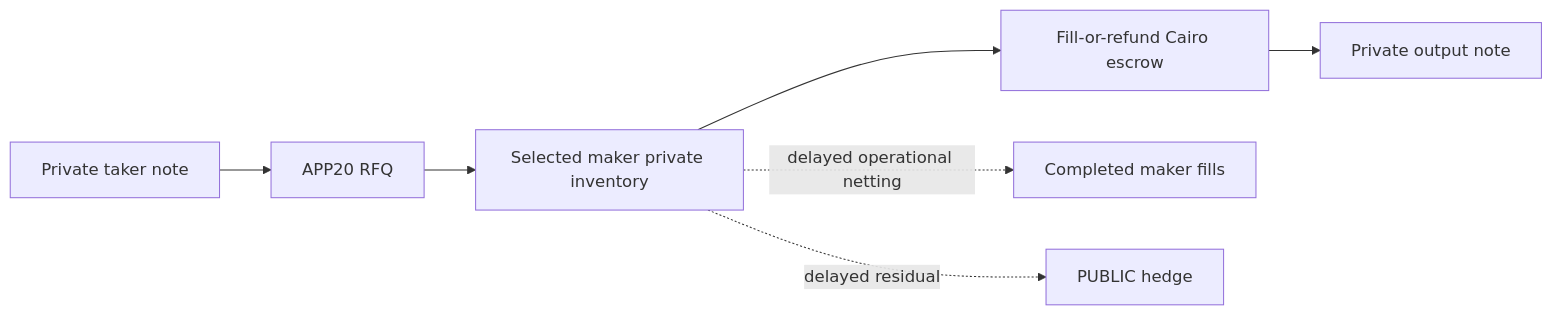
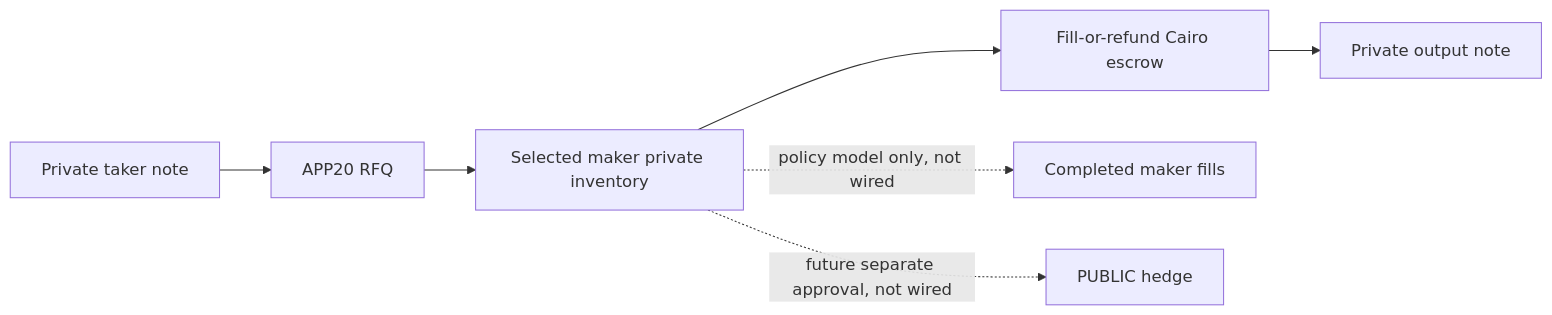
One commit to gstohl/app20 changed the ninth of 10 diagrams in docs/APP20_SWAP_FLOWS.md. Above: the diagram before and after it, drawn with Mermaid. The commit also changed other lines of this file and 212 other files, not shown here.

````diff
--- a/docs/APP20_SWAP_FLOWS.md
+++ b/docs/APP20_SWAP_FLOWS.md
@@ -218,9 +224,9 @@
 ```mermaid
 flowchart LR
   T[Private taker note] --> Q[APP20 RFQ]
   Q --> I[Selected maker private inventory]
   I --> E[Fill-or-refund Cairo escrow]
   E --> U[Private output note]
-  I -. delayed operational netting .-> N[Completed maker fills]
-  I -. delayed residual .-> H[PUBLIC hedge]
+  I -. policy model only, not wired .-> N[Completed maker fills]
+  I -. future separate approval, not wired .-> H[PUBLIC hedge]
 ```
````
